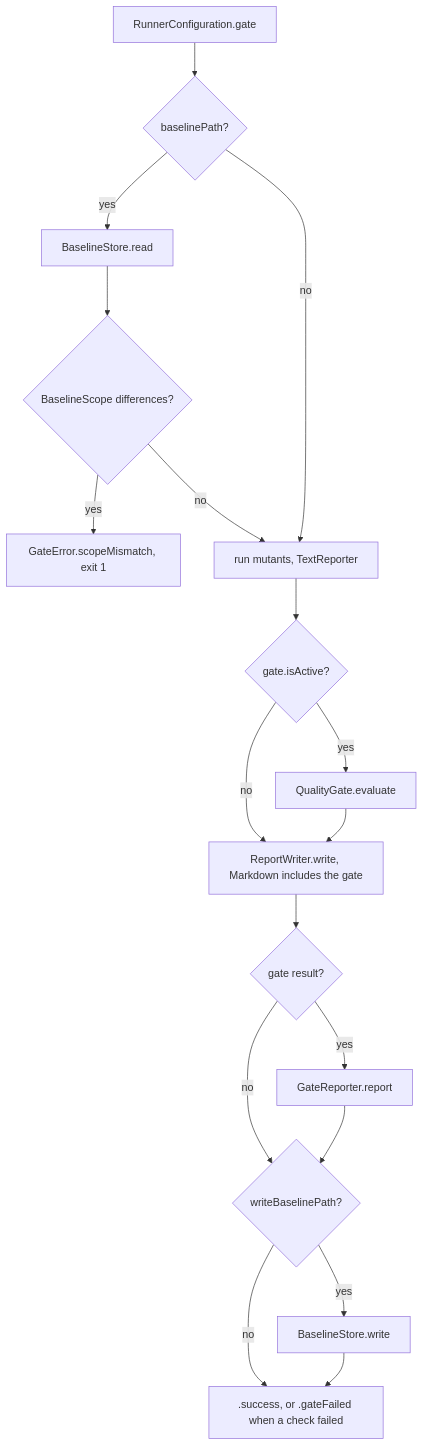
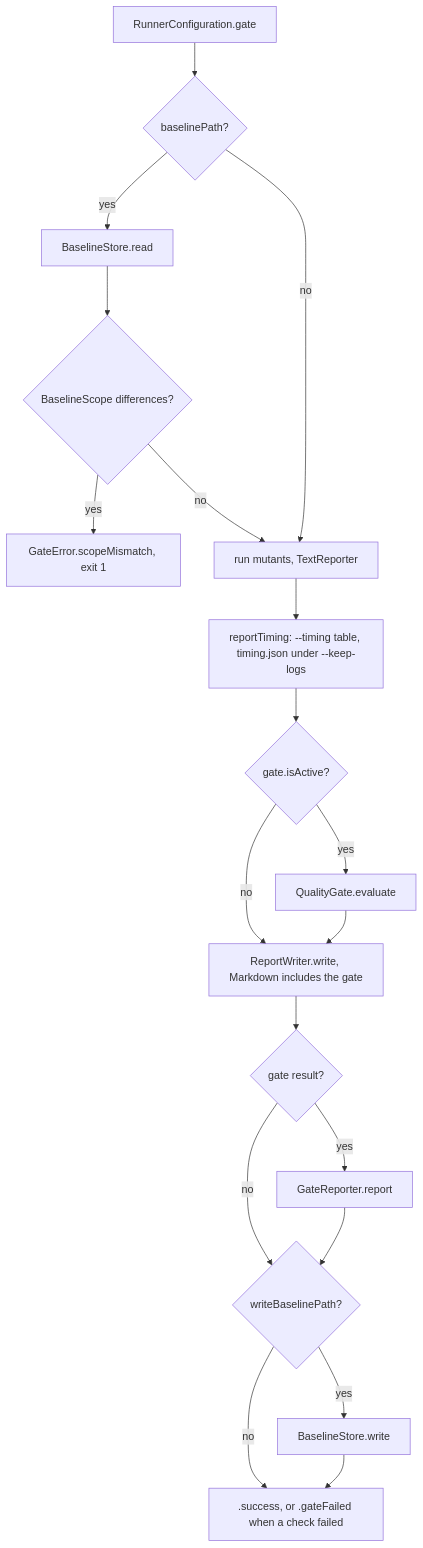
One commit to ericodx/swift-mutation-testing changed the diagram in Docs/CodeBase/10-quality-gate.md. Above: the diagram before and after it, drawn with Mermaid. The commit also changed other lines of this file and 11 other files, not shown here.

Commit message:
docs: check the codebase reference against the code: signatures, the type index, the value-flow diagram and the coverage figures

````diff
--- a/Docs/CodeBase/10-quality-gate.md
+++ b/Docs/CodeBase/10-quality-gate.md
@@ -9,20 +9,21 @@
 ```mermaid
 flowchart TD
     CFG["RunnerConfiguration.gate"] --> LOAD{"baselinePath?"}
     LOAD -- yes --> READ["BaselineStore.read"]
     READ --> SCOPE{"BaselineScope differences?"}
     SCOPE -- yes --> ERR["GateError.scopeMismatch, exit 1"]
     SCOPE -- no --> RUN["run mutants, TextReporter"]
     LOAD -- no --> RUN
-    RUN --> ACTIVE{"gate.isActive?"}
+    RUN --> TIMING["reportTiming: --timing table, timing.json under --keep-logs"]
+    TIMING --> ACTIVE{"gate.isActive?"}
     ACTIVE -- yes --> EVAL["QualityGate.evaluate"]
     ACTIVE -- no --> REPORTS
     EVAL --> REPORTS["ReportWriter.write, Markdown includes the gate"]
     REPORTS --> HASGATE{"gate result?"}
     HASGATE -- yes --> REP["GateReporter.report"]
     HASGATE -- no --> WRITE
     REP --> WRITE{"writeBaselinePath?"}
     WRITE -- yes --> STORE["BaselineStore.write"]
     WRITE -- no --> CODE
     STORE --> CODE[".success, or .gateFailed when a check failed"]
 ```
````
